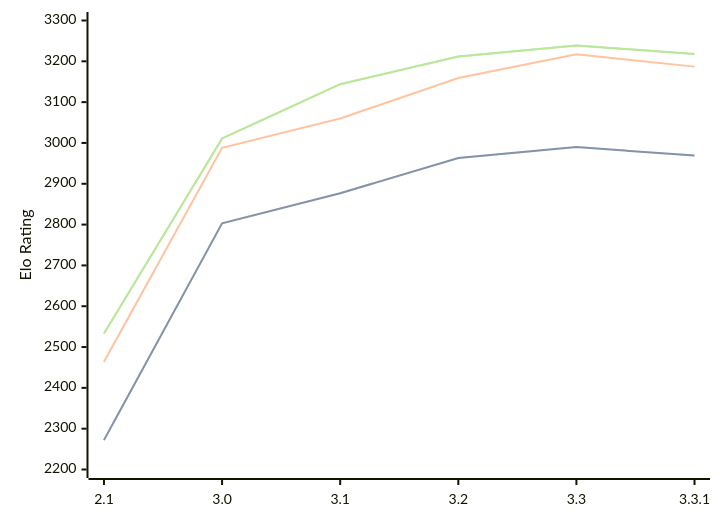
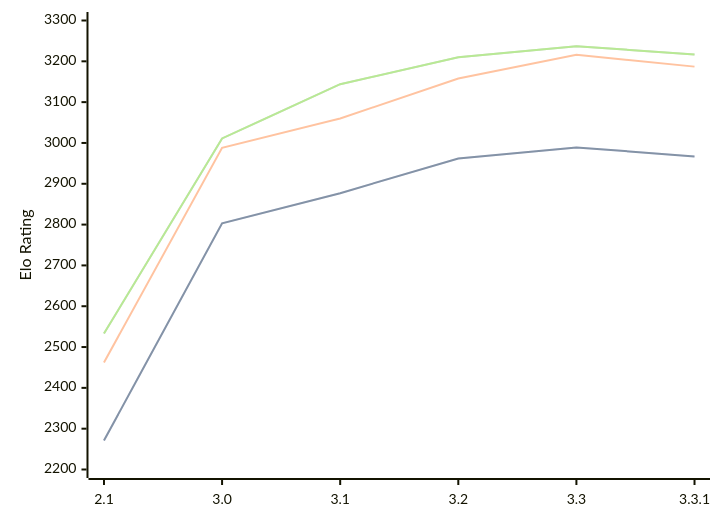
The diagram in engines/Petrel.md (computer-chess-index/cci), drawn with Mermaid before and after one commit. The commit also changed other lines of this file, not shown here.

Commit message:
Update CCI Ratings (ELO VLTC) - 2026-03-04

````diff
--- a/engines/Petrel.md
+++ b/engines/Petrel.md
@@ -41,11 +41,11 @@
 ```mermaid
 %%{init: {"theme":"base","themeVariables":{"seriesColors:['#a3a3a3','#222221','#faa371']}}}%%
 xychart-beta
   x-axis ["2.1", "3.0", "3.1", "3.2", "3.3", "3.3.1"]
   y-axis "Elo Rating" 2200 --> 3300
-  line "STC (8.0+0.08s)" [2272, 2803, 2877, 2963, 2990, 2969]
-  line "STC (8.0+0.08s)" [2272, 2803, 2877, 2963, 2990, 2969]
-  line "LTC (60.0+0.60s)" [2464, 2988, 3060, 3159, 3217, 3187]
-  line "VLTC (2m24s+1.12s)" [2533, 3011, 3144, 3212, 3239, 3218]
-  line "VLTC (2m24s+1.12s)" [2533, 3011, 3144, 3212, 3239, 3218]
+  line "STC (8.0+0.08s)" [2271, 2803, 2877, 2962, 2989, 2967]
+  line "STC (8.0+0.08s)" [2271, 2803, 2877, 2962, 2989, 2967]
+  line "LTC (60.0+0.60s)" [2462, 2988, 3060, 3158, 3216, 3187]
+  line "VLTC (2m24s+1.12s)" [2533, 3011, 3144, 3210, 3237, 3217]
+  line "VLTC (2m24s+1.12s)" [2533, 3011, 3144, 3210, 3237, 3217]
 ```
````
